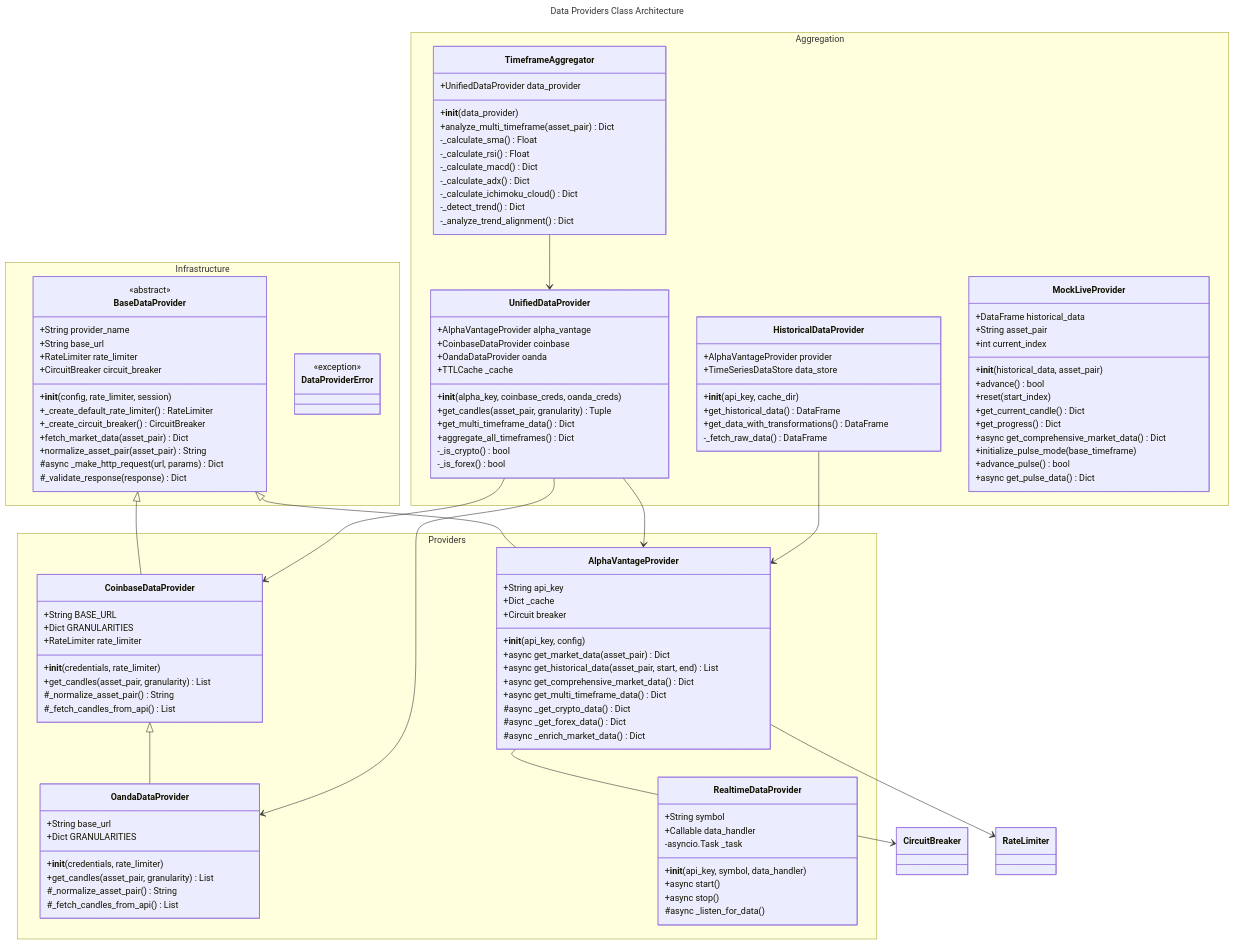
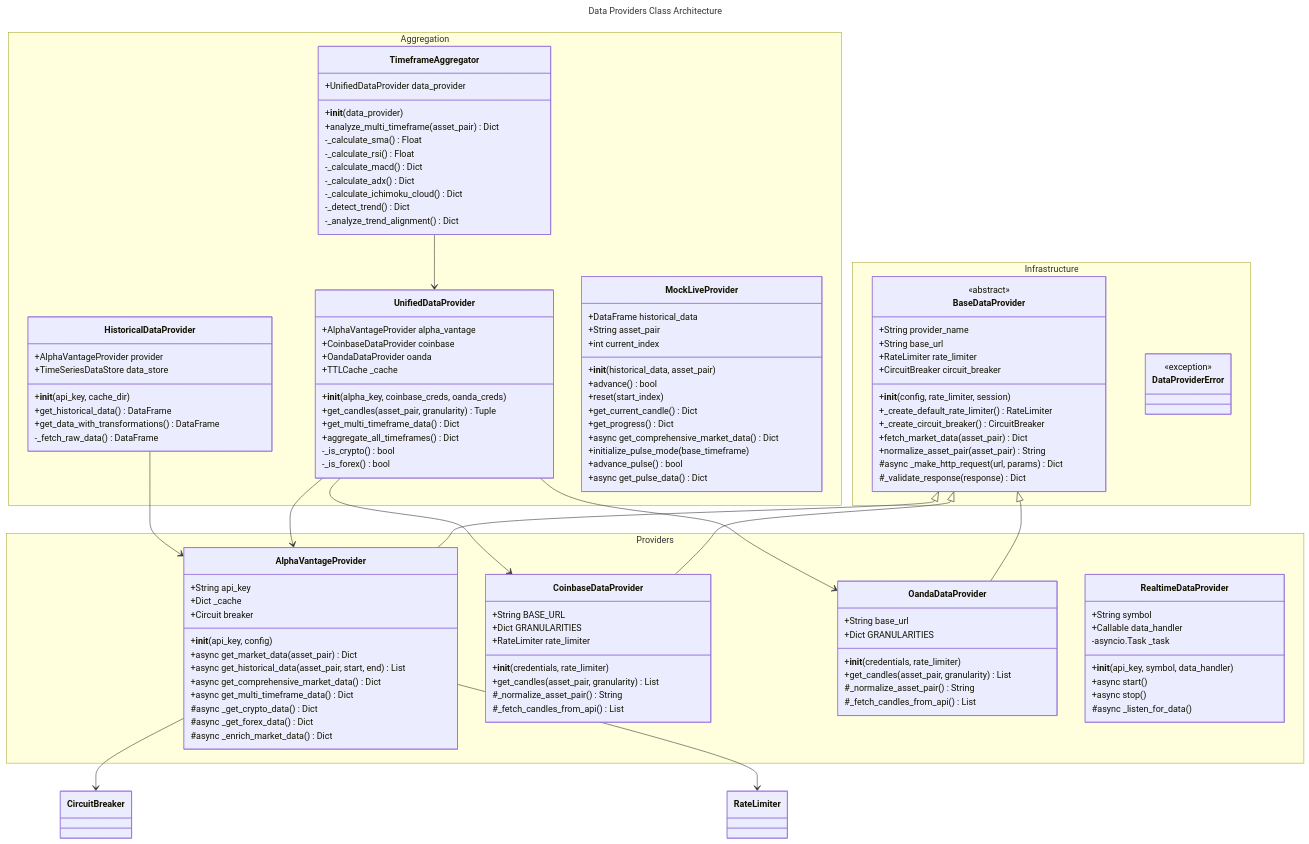
The diagram in C4-Documentation/c4-code-finance_feedback_engine-data_providers.md (Three-Rivers-Tech/finance_feedback_engine), drawn with Mermaid before and after one commit. The commit also changed 60 other files, not shown here.

```diff
--- a/C4-Documentation/c4-code-finance_feedback_engine-data_providers.md
+++ b/C4-Documentation/c4-code-finance_feedback_engine-data_providers.md
@@ -1365,8 +1365,7 @@
 
     BaseDataProvider <|-- AlphaVantageProvider
     BaseDataProvider <|-- CoinbaseDataProvider
-    CoinbaseDataProvider <|-- OandaDataProvider
-
+    BaseDataProvider <|-- OandaDataProvider
     UnifiedDataProvider --> AlphaVantageProvider
     UnifiedDataProvider --> CoinbaseDataProvider
     UnifiedDataProvider --> OandaDataProvider
```
